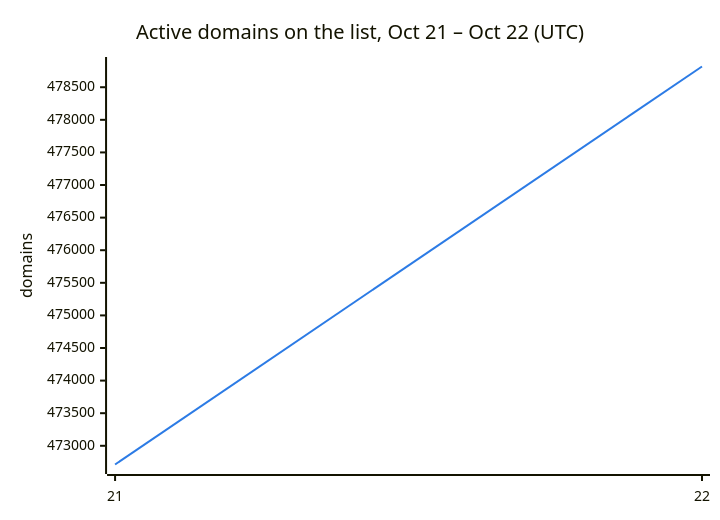
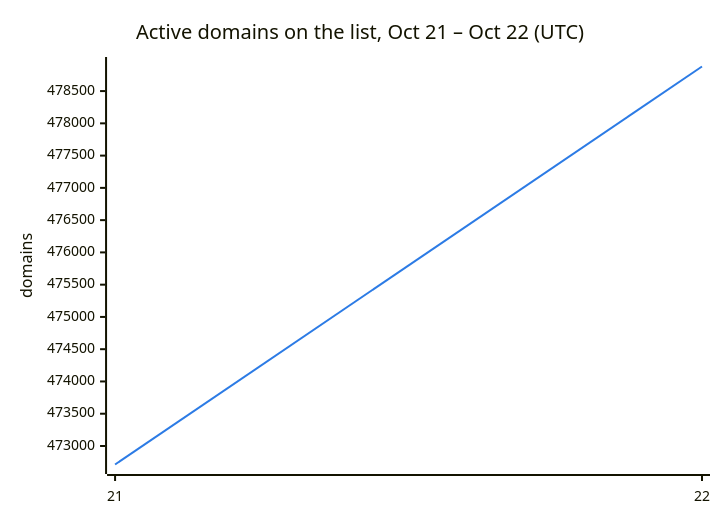
Before and after one commit to DNSBunker/CTI: the second of 3 diagrams in README.md, drawn with Mermaid. The commit also changed other lines of this file and 3 other files, not shown here.

````diff
--- a/README.md
+++ b/README.md
@@ -38,8 +38,8 @@
 ```mermaid
 %%{init: {"themeVariables": {"xyChart": {"plotColorPalette": "#2c7be5"}}}}%%
 xychart-beta
     title "Active domains on the list, Oct 21 – Oct 22 (UTC)"
     x-axis ["21", "22"]
     y-axis "domains"
-    line [472713, 478818]
+    line [472713, 478881]
 ```
````
